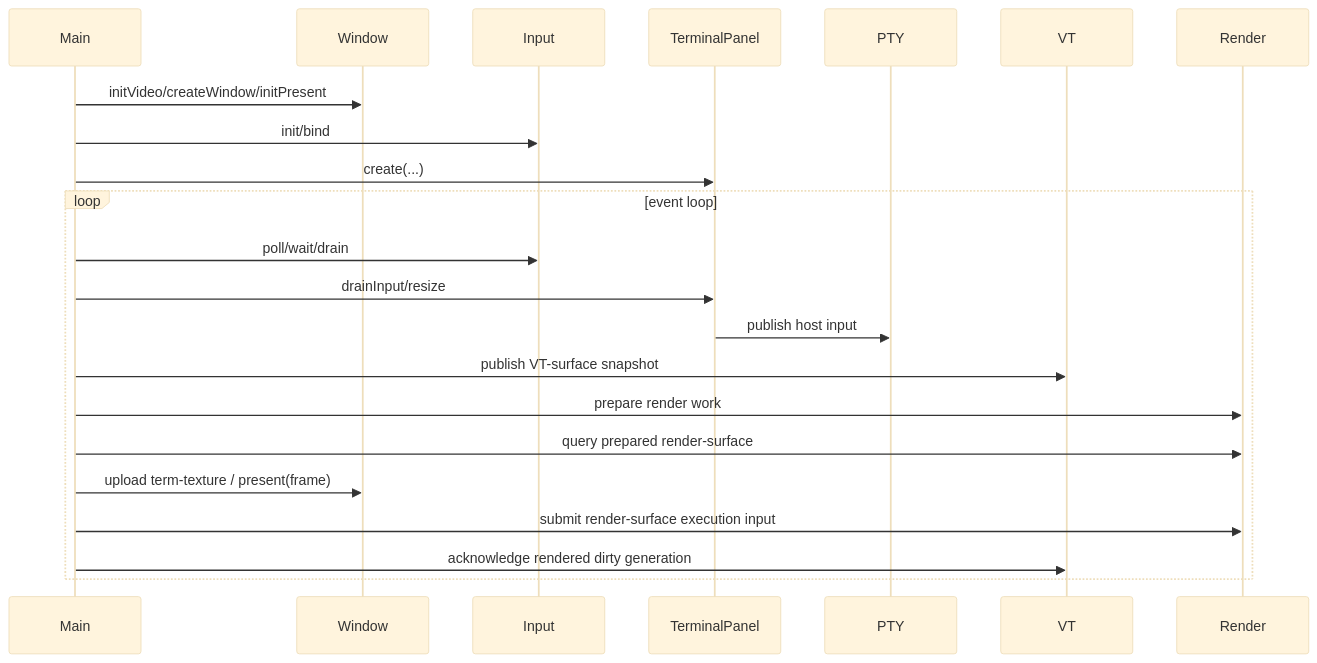
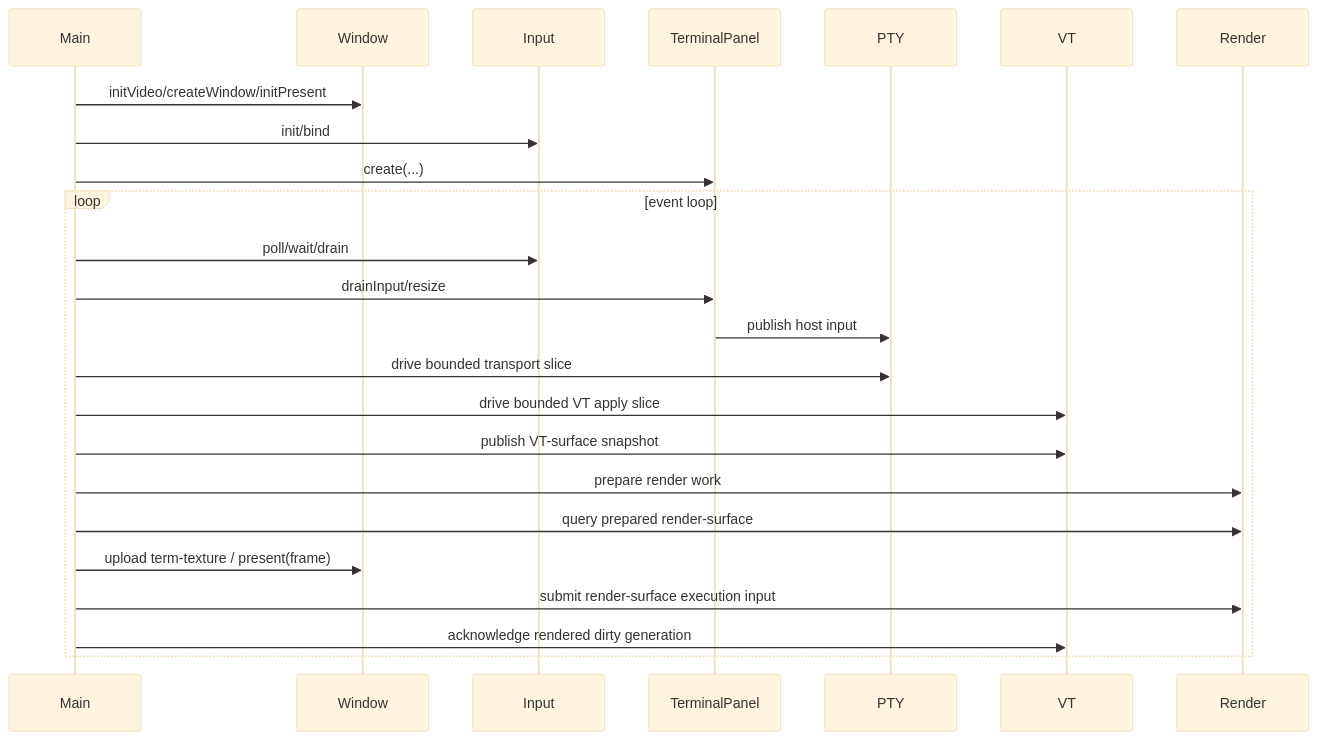
The third of 3 diagrams in design.md (LaurenceGuws/howl-linux-host), drawn with Mermaid (base theme) before and after one commit. The commit also changed other lines of this file and 9 other files, not shown here.

````diff
--- a/design.md
+++ b/design.md
@@ -76,25 +78,27 @@
 ```mermaid
 sequenceDiagram
     participant Main
     participant W as Window
     participant I as Input
     participant T as TerminalPanel
     participant P as PTY
     participant V as VT
     participant R as Render
 
     Main->>W: initVideo/createWindow/initPresent
     Main->>I: init/bind
     Main->>T: create(...)
     loop event loop
         Main->>I: poll/wait/drain
         Main->>T: drainInput/resize
         T->>P: publish host input
+        Main->>P: drive bounded transport slice
+        Main->>V: drive bounded VT apply slice
         Main->>V: publish VT-surface snapshot
         Main->>R: prepare render work
         Main->>R: query prepared render-surface
         Main->>W: upload term-texture / present(frame)
         Main->>R: submit render-surface execution input
         Main->>V: acknowledge rendered dirty generation
     end
 ```
````
